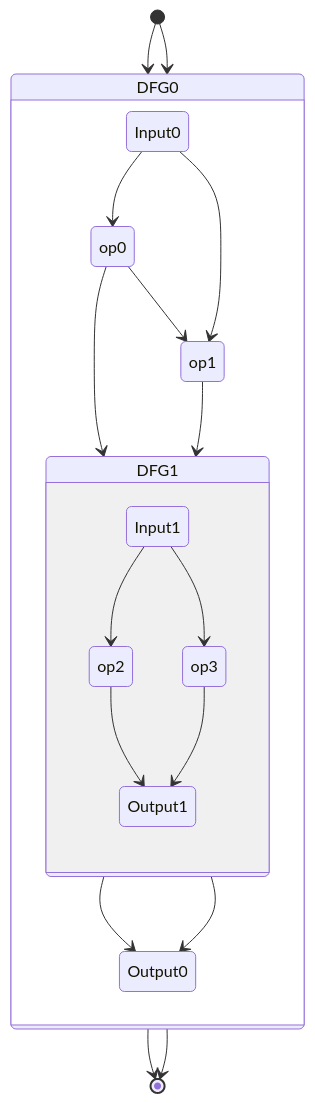
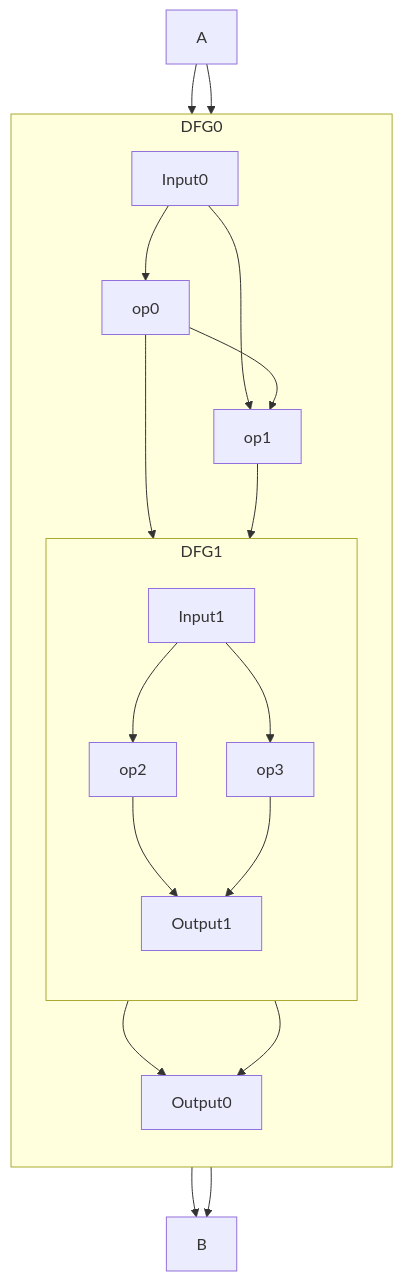
The second of 6 diagrams in specification/hugr.md (CQCL/hugr), drawn with Mermaid before and after one commit. The commit also changed other lines of this file, not shown here.

Commit message:
Convert images to mermaid and latex.

````diff
--- a/specification/hugr.md
+++ b/specification/hugr.md
@@ -317,26 +317,25 @@
 ```mermaid
-stateDiagram-v2
-    [*] --> DFG0
-    [*] --> DFG0
-
-    state DFG0 {
+flowchart
+    direction TB
+    subgraph DFG0
+        direction TB
         Input0 --> op0
-        op0 --> DFG1
+        Input0 --> op1
         op0 --> op1
-        Input0 --> op1
-        op1 --> DFG1
-
-        state DFG1 {
+        subgraph DFG1
+            direction TB
             Input1 --> op2
             Input1 --> op3
             op2 --> Output1
-            op3--> Output1
-        }
-
+            op3 --> Output1
+        end
+        op0 --> DFG1
+        op1 --> DFG1
         DFG1 --> Output0
         DFG1 --> Output0
-    }
-
-    DFG0 --> [*]
-    DFG0 --> [*]
+    end
+    A --> DFG0
+    A --> DFG0
+    DFG0 --> B
+    DFG0 --> B
 ```
````
